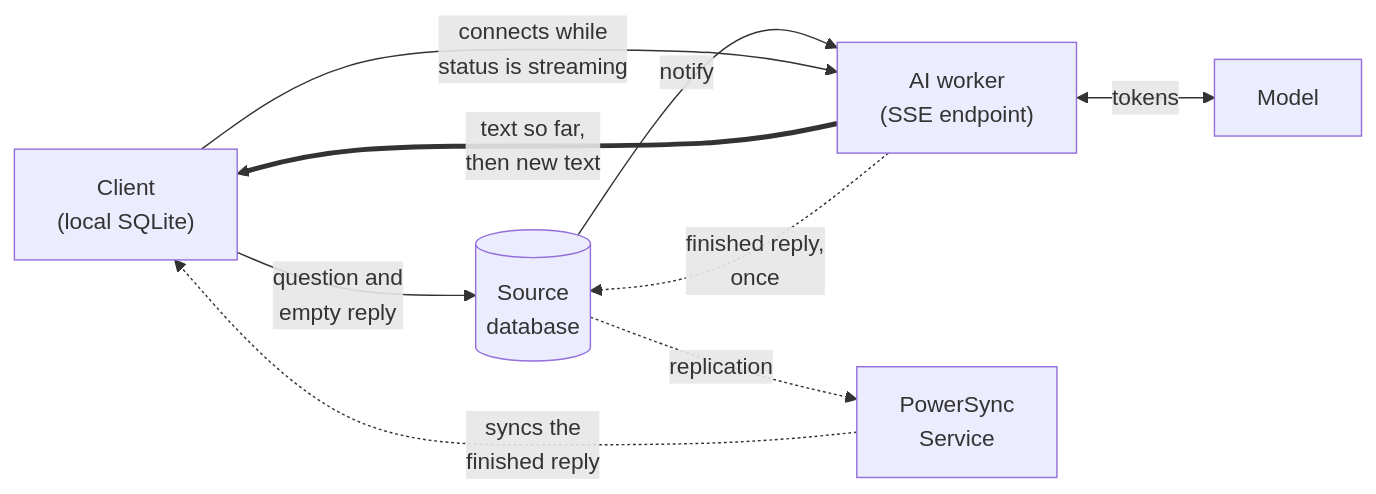
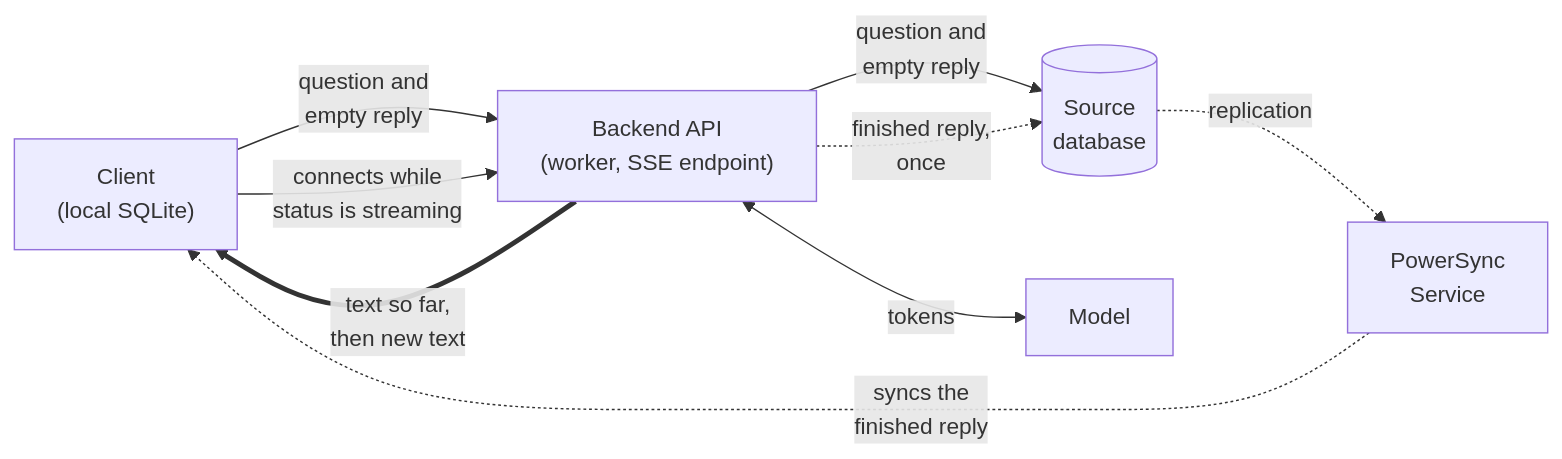
One commit to powersync-ja/powersync-docs changed the second of 2 diagrams in client-sdks/advanced/ai-chat-streaming.mdx. Above: the diagram before and after it, drawn with Mermaid. The commit also changed other lines of this file and 1 other file, not shown here.

Commit message:
Update the AI chat streaming guide for the demo's new backend API

````diff
--- a/client-sdks/advanced/ai-chat-streaming.mdx
+++ b/client-sdks/advanced/ai-chat-streaming.mdx
@@ -131,11 +135,11 @@
 ```mermaid
 flowchart LR
-  client["Client<br/>(local SQLite)"] -->|"question and<br/>empty reply"| db[("Source<br/>database")]
-  db -->|notify| worker["AI worker<br/>(SSE endpoint)"]
+  client["Client<br/>(local SQLite)"] -->|"question and<br/>empty reply"| worker["Backend API<br/>(worker, SSE endpoint)"]
+  worker -->|"question and<br/>empty reply"| db[("Source<br/>database")]
   worker <-->|tokens| model["Model"]
   client -->|"connects while<br/>status is streaming"| worker
   worker ==>|"text so far,<br/>then new text"| client
   worker -.->|"finished reply,<br/>once"| db
   db -.->|replication| service["PowerSync<br/>Service"]
   service -.->|"syncs the<br/>finished reply"| client
 ```
````
